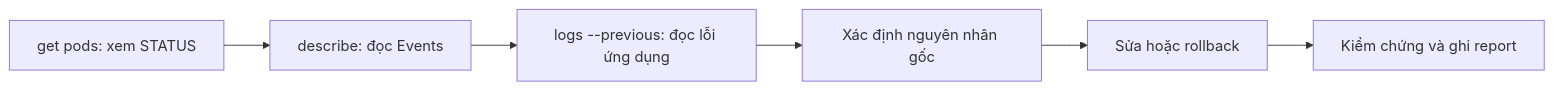
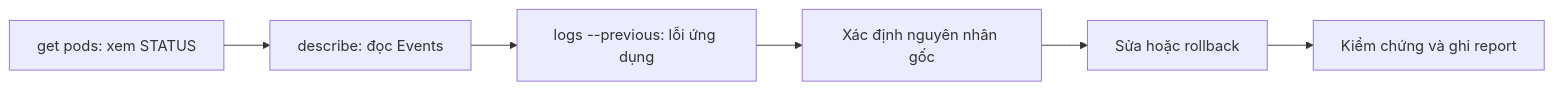
One commit to TienNHM/devops-course changed the diagram in labs/week-14/session-28.md. Above: the diagram before and after it, drawn with Mermaid. The commit also changed other lines of this file and 266 other files, not shown here.

````diff
--- a/labs/week-14/session-28.md
+++ b/labs/week-14/session-28.md
@@ -106,8 +50,8 @@
 ```mermaid
 flowchart LR
     S["get pods: xem STATUS"] --> D["describe: đọc Events"]
-    D --> L["logs --previous: đọc lỗi ứng dụng"]
+    D --> L["logs --previous: lỗi ứng dụng"]
     L --> R["Xác định nguyên nhân gốc"]
     R --> F["Sửa hoặc rollback"]
     F --> V["Kiểm chứng và ghi report"]
 ```
````
